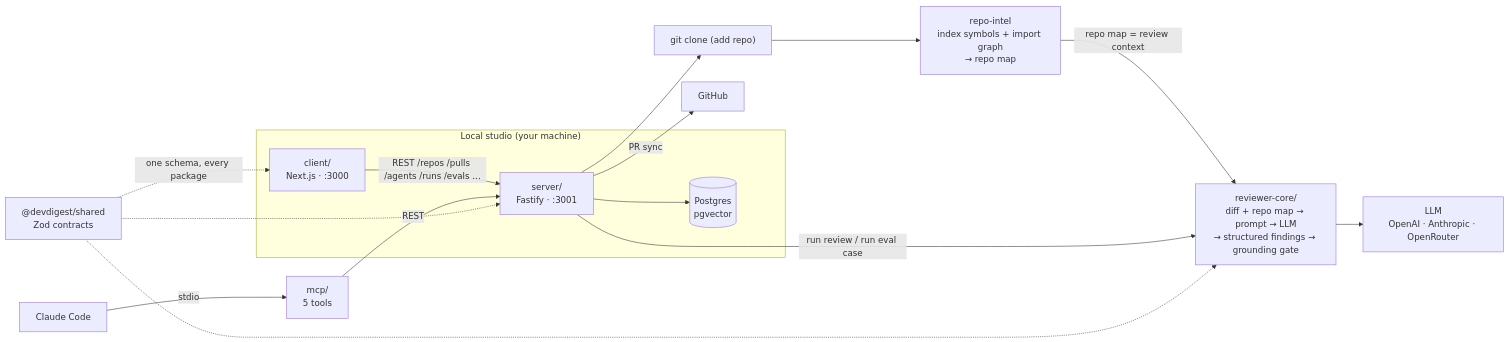
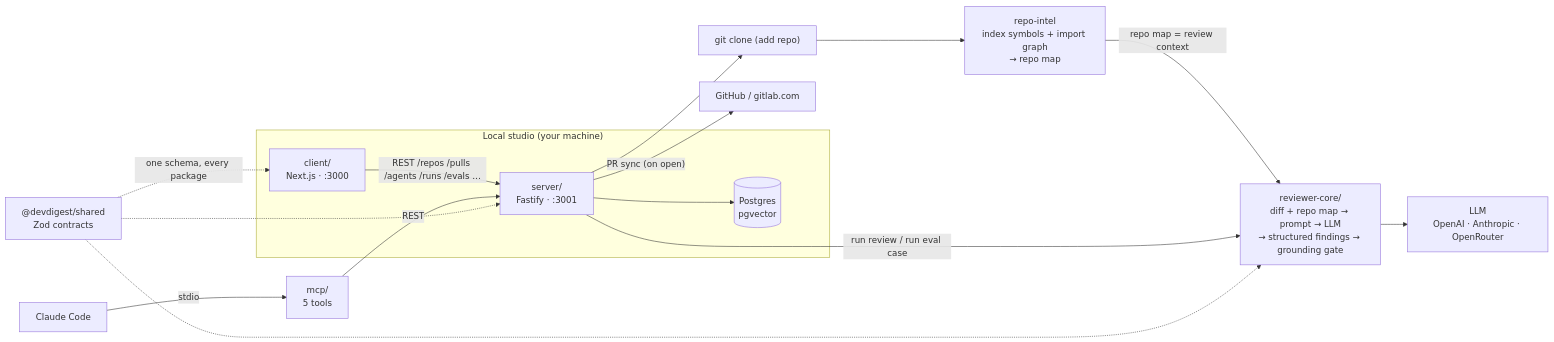
The diagram in README.md (Flamenom/dev-digest), drawn with Mermaid before and after one commit. The commit also changed other lines of this file, not shown here.

Commit message:
docs(readme): GitLab support, sync-on-open PR list, migration 0020 troubleshooting

````diff
--- a/README.md
+++ b/README.md
@@ -31,29 +31,29 @@
 ```mermaid
 flowchart LR
   subgraph Studio["Local studio (your machine)"]
     WEB["client/<br/>Next.js · :3000"]
     API["server/<br/>Fastify · :3001"]
     PG[("Postgres<br/>pgvector")]
     WEB -->|"REST /repos /pulls /agents /runs /evals …"| API
     API --> PG
   end
 
   CC["Claude Code"] -->|"stdio"| MCP["mcp/<br/>5 tools"]
   MCP -->|"REST"| API
-  GH["GitHub"]
-  API -->|"PR sync"| GH
+  GH["GitHub / gitlab.com"]
+  API -->|"PR sync (on open)"| GH
 
   CLONE["git clone (add repo)"] --> INDEX["repo-intel<br/>index symbols + import graph<br/>→ repo map"]
   API --> CLONE
   INDEX -->|"repo map = review context"| ENGINE
 
   ENGINE["reviewer-core/<br/>diff + repo map → prompt → LLM<br/>→ structured findings → grounding gate"]
   LLM["LLM<br/>OpenAI · Anthropic · OpenRouter"]
   API -->|"run review / run eval case"| ENGINE
   ENGINE --> LLM
 
   SHARED["@devdigest/shared<br/>Zod contracts"]
   SHARED -.->|"one schema, every package"| WEB
   SHARED -.-> API
   SHARED -.-> ENGINE
 ```
````
